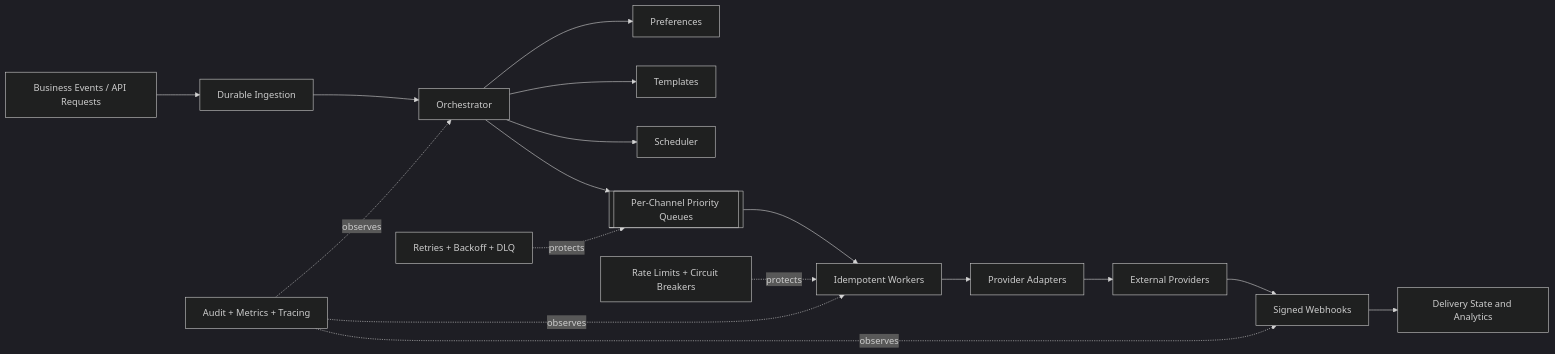
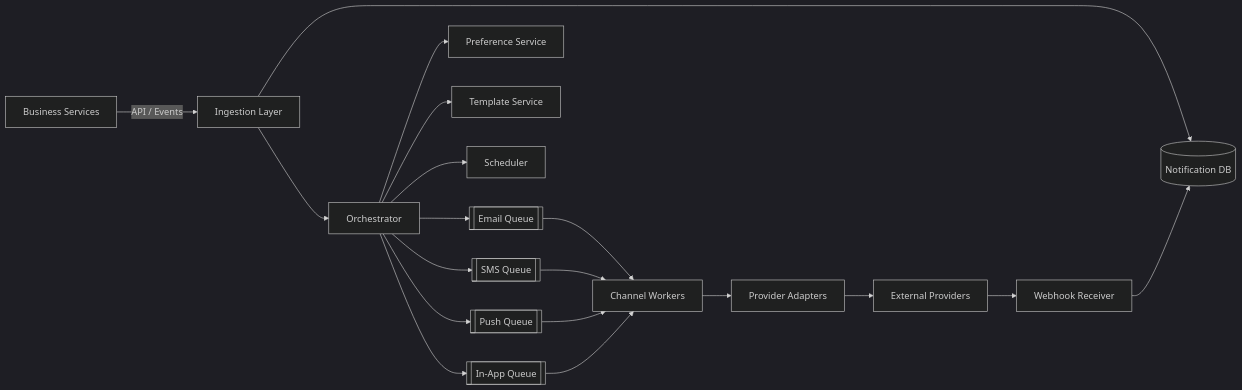
Before and after one commit to AvadhBhalodiya/Interview-Preparation: the second of 10 diagrams in src/content/system-design/notification-system.md, drawn with Mermaid (dark theme). The commit also changed other lines of this file and 54 other files, not shown here.

````diff
--- a/src/content/system-design/notification-system.md
+++ b/src/content/system-design/notification-system.md
@@ -143,21 +119,27 @@
 ```mermaid
 flowchart LR
-    A[Business Events / API Requests]
-    A --> B[Durable Ingestion]
-    B --> C[Orchestrator]
-    C --> D[Preferences]
-    C --> E[Templates]
-    C --> F[Scheduler]
-    C --> G[[Per-Channel Priority Queues]]
-    G --> H[Idempotent Workers]
-    H --> I[Provider Adapters]
-    I --> J[External Providers]
-    J --> K[Signed Webhooks]
-    K --> L[Delivery State and Analytics]
+    A[Business Services] -->|API / Events| IN[Ingestion Layer]
 
-    M[Retries + Backoff + DLQ] -. protects .-> G
-    N[Rate Limits + Circuit Breakers] -. protects .-> H
-    O[Audit + Metrics + Tracing] -. observes .-> C
-    O -. observes .-> H
-    O -. observes .-> K
+    IN --> DB[(Notification DB)]
+    IN --> ORCH[Orchestrator]
+
+    ORCH --> PREF[Preference Service]
+    ORCH --> TEMP[Template Service]
+    ORCH --> SCH[Scheduler]
+
+    ORCH --> Q1[[Email Queue]]
+    ORCH --> Q2[[SMS Queue]]
+    ORCH --> Q3[[Push Queue]]
+    ORCH --> Q4[[In-App Queue]]
+
+    Q1 --> W[Channel Workers]
+    Q2 --> W
+    Q3 --> W
+    Q4 --> W
+
+    W --> ADP[Provider Adapters]
+    ADP --> EXT[External Providers]
+
+    EXT --> WH[Webhook Receiver]
+    WH --> DB
 ```
````
